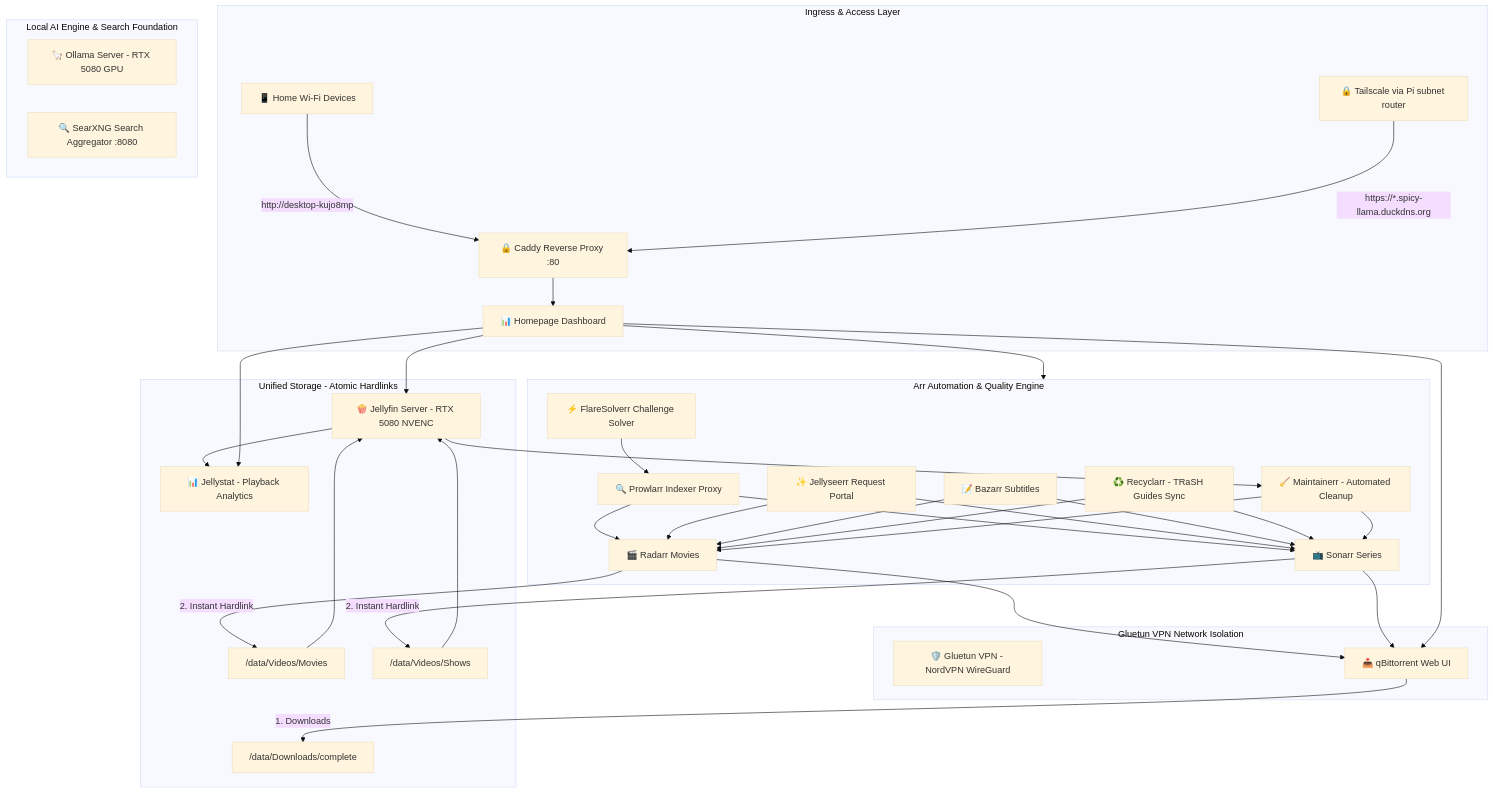
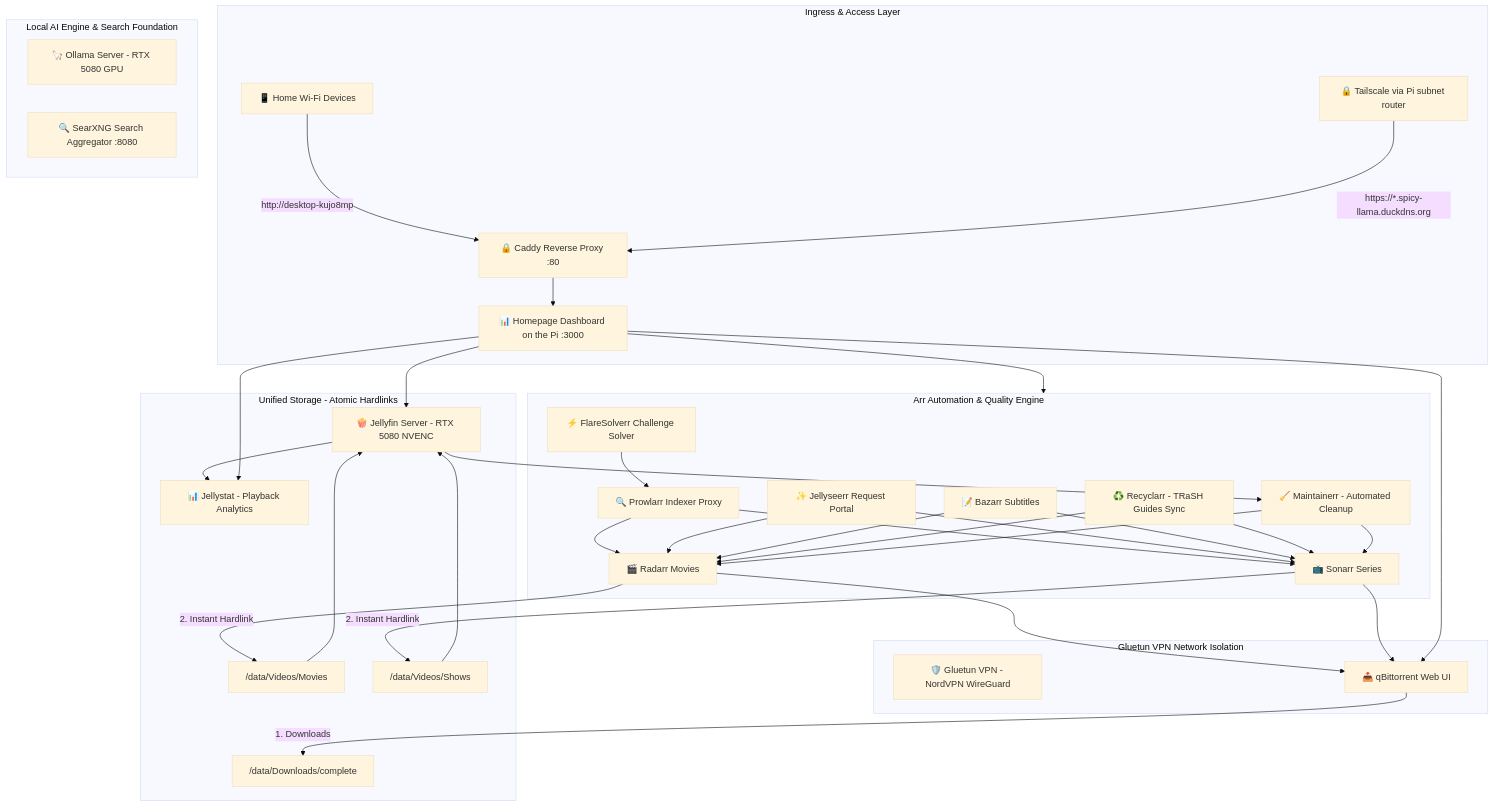
One commit to Anwera64/homelab changed the diagram in README.md. Above: the diagram before and after it, drawn with Mermaid (base theme). The commit also changed other lines of this file and 12 other files, not shown here.

````diff
--- a/README.md
+++ b/README.md
@@ -39,40 +39,40 @@
 ```mermaid
 graph TD
     subgraph Ingress [Ingress & Access Layer]
         CLIENTS[📱 Home Wi-Fi Devices] -->|http://desktop-kujo8mp| CADDY[🔒 Caddy Reverse Proxy :80]
         TAILSCALE[🔒 Tailscale via Pi subnet router] -->|https://*.spicy-llama.duckdns.org| CADDY
-        CADDY --> HOMEPAGE[📊 Homepage Dashboard]
+        CADDY --> HOMEPAGE[📊 Homepage Dashboard on the Pi :3000]
     end
 
     subgraph AIStack [Local AI Engine & Search Foundation]
         OLLAMA[🦙 Ollama Server - RTX 5080 GPU]
         SEARX[🔍 SearXNG Search Aggregator :8080]
     end
 
     subgraph VPNNet [Gluetun VPN Network Isolation]
         GLUETUN[🛡️ Gluetun VPN - NordVPN WireGuard]
         QBIT[📥 qBittorrent Web UI]
     end
 
     subgraph ArrSuite [Arr Automation & Quality Engine]
         PROW[🔍 Prowlarr Indexer Proxy] --> RAD[🎬 Radarr Movies] & SON[📺 Sonarr Series]
         FLARE[⚡ FlareSolverr Challenge Solver] --> PROW
         SEERR[✨ Jellyseerr Request Portal] --> RAD & SON
         RAD & SON --> QBIT
         BAZ[📝 Bazarr Subtitles] --> RAD & SON
         RECYC[♻️ Recyclarr - TRaSH Guides Sync] --> RAD & SON
         MAINT[🧹 Maintainerr - Automated Cleanup] --> RAD & SON
     end
 
     subgraph MediaStorage [Unified Storage - Atomic Hardlinks]
         QBIT -->|1. Downloads| DOWN["/data/Downloads/complete"]
         RAD -->|2. Instant Hardlink| MOVIES["/data/Videos/Movies"]
         SON -->|2. Instant Hardlink| SHOWS["/data/Videos/Shows"]
         MOVIES --> JELLY[🍿 Jellyfin Server - RTX 5080 NVENC]
         SHOWS --> JELLY
         JELLY --> JSTAT[📊 Jellystat - Playback Analytics]
         JELLY --> MAINT
     end
 
     HOMEPAGE --> ArrSuite & JELLY & QBIT & JSTAT
 ```
````
